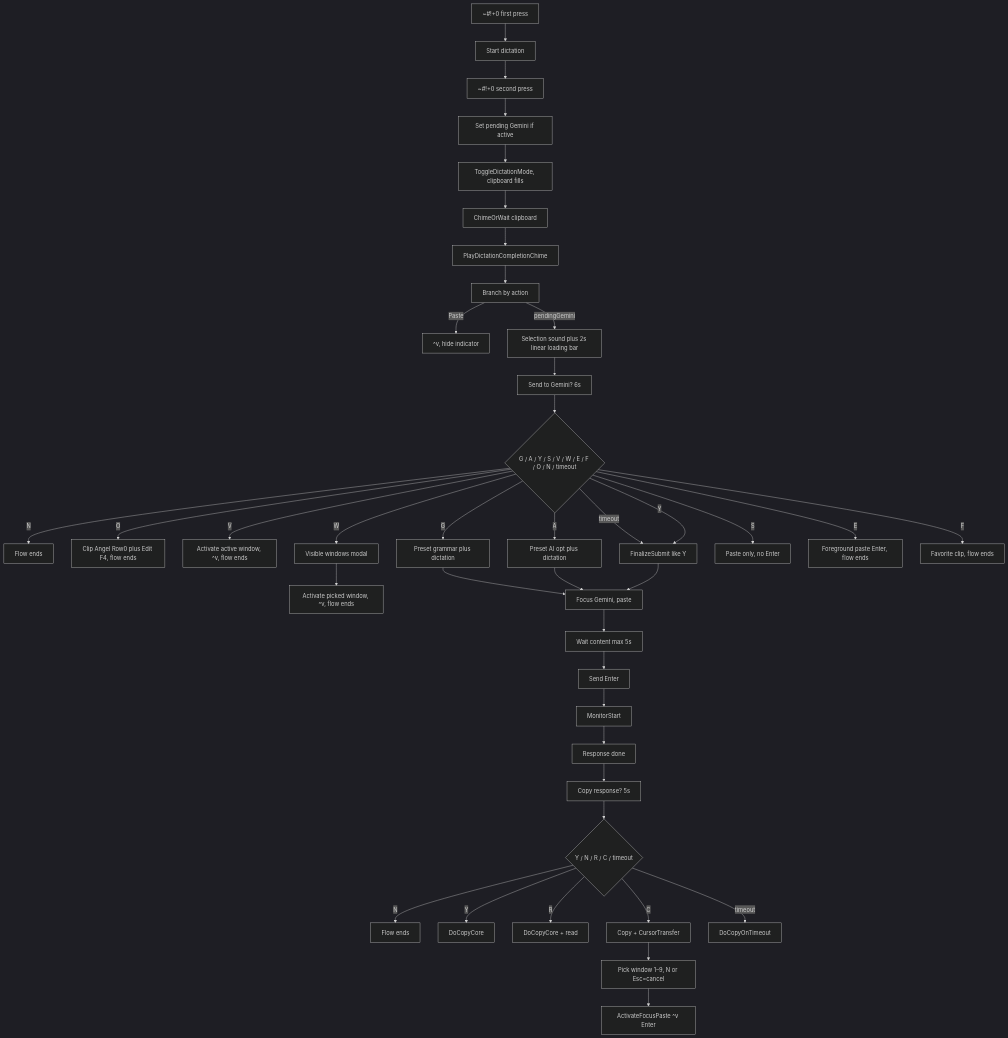
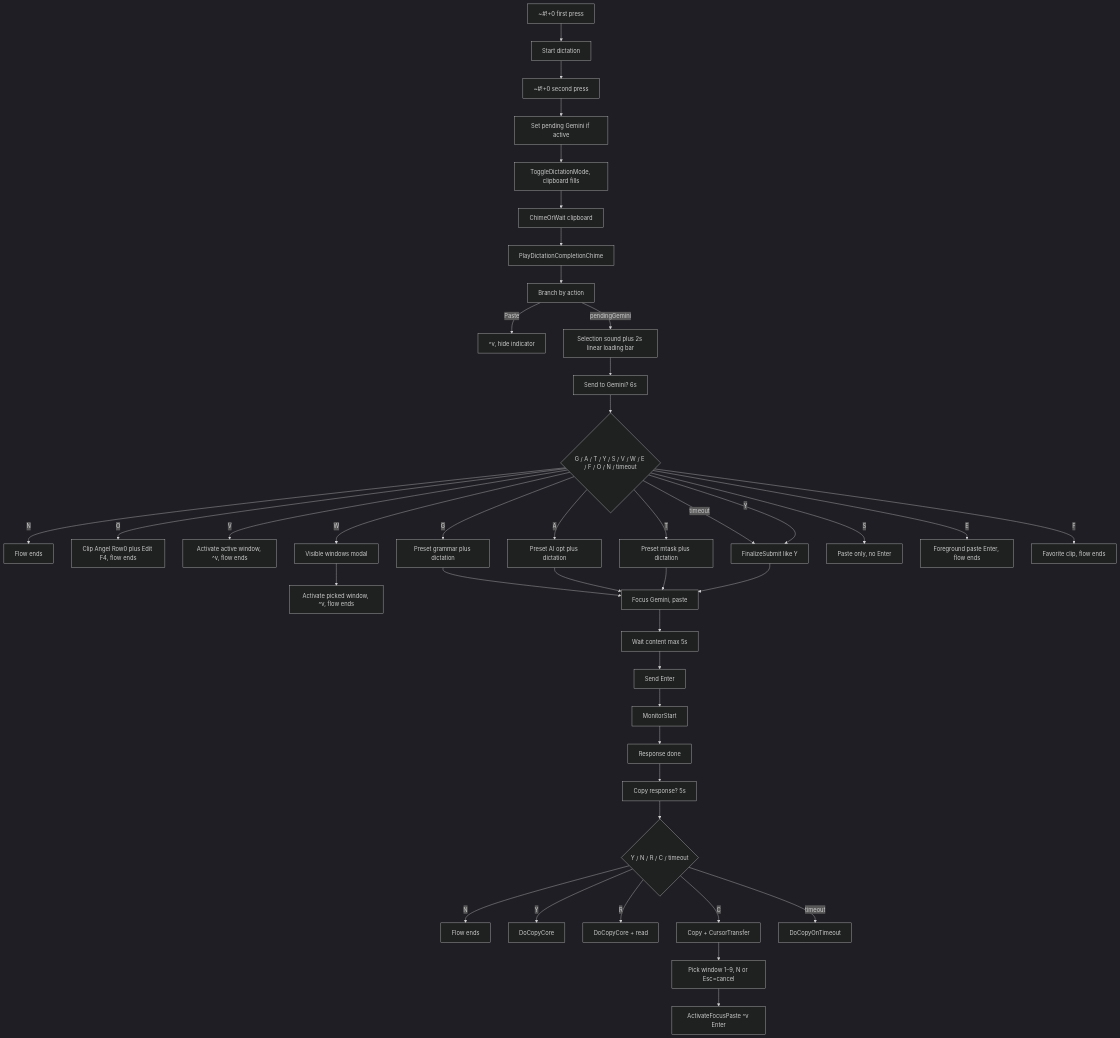
Before and after one commit to duducm2/scripts: the first of 2 diagrams in docs/dictation-to-gemini-cursor-flow.md, drawn with Mermaid (dark theme). The commit also changed other lines of this file and 3 other files, not shown here.

````diff
--- a/docs/dictation-to-gemini-cursor-flow.md
+++ b/docs/dictation-to-gemini-cursor-flow.md
@@ -21,44 +21,46 @@
 ```mermaid
 flowchart TB
     H0["~#!+0 first press"]
     H0 --> StartDict["Start dictation"]
     StartDict --> H0Stop["~#!+0 second press"]
     H0Stop --> SetPending["Set pending Gemini if active"]
     SetPending --> ToggleMode["ToggleDictationMode, clipboard fills"]
     ToggleMode --> WaitClip["ChimeOrWait clipboard"]
     WaitClip --> PlayChime["PlayDictationCompletionChime"]
     PlayChime --> Branch["Branch by action"]
     Branch --> |"Paste"| PasteOnly["^v, hide indicator"]
     Branch --> |"pendingGemini"| PreMenu["Selection sound plus 2s linear loading bar"]
     PreMenu --> ShowAndWait["Send to Gemini? 6s"]
-    ShowAndWait --> User6s{"G / A / Y / S / V / W / E / F / O / N / timeout"}
+    ShowAndWait --> User6s{"G / A / T / Y / S / V / W / E / F / O / N / timeout"}
     User6s --> |"N"| Stop6s["Flow ends"]
     User6s --> |"O"| ClipAngelOpen["Clip Angel Row0 plus Edit F4, flow ends"]
     User6s --> |"V"| PasteOrig["Activate active window, ^v, flow ends"]
     User6s --> |"W"| VisiblePick["Visible windows modal"]
     VisiblePick --> PasteVisible["Activate picked window, ^v, flow ends"]
     User6s --> |"timeout"| Finalize["FinalizeSubmit like Y"]
     User6s --> |"Y"| Finalize
     User6s --> |"G"| FinalizePreset["Preset grammar plus dictation"]
     User6s --> |"A"| FinalizeAiopt["Preset AI opt plus dictation"]
+    User6s --> |"T"| FinalizeMtask["Preset mtask plus dictation"]
     FinalizePreset --> PasteGemini
     FinalizeAiopt --> PasteGemini
+    FinalizeMtask --> PasteGemini
     User6s --> |"S"| PasteOnly6s["Paste only, no Enter"]
     User6s --> |"E"| PasteSendHere["Foreground paste Enter, flow ends"]
     User6s --> |"F"| FavoriteClip["Favorite clip, flow ends"]
     Finalize --> PasteGemini["Focus Gemini, paste"]
     PasteGemini --> WaitContent["Wait content max 5s"]
     WaitContent --> SendEnter["Send Enter"]
     SendEnter --> StartMonitor["MonitorStart"]
     StartMonitor --> ResponseDone["Response done"]
     ResponseDone --> BannerCopy["Copy response? 5s"]
     BannerCopy --> UserCopy{"Y / N / R / C / timeout"}
     UserCopy --> |"N"| StopCopy["Flow ends"]
     UserCopy --> |"Y"| DoCopyOnly["DoCopyCore"]
     UserCopy --> |"R"| DoCopyRead["DoCopyCore + read"]
     UserCopy --> |"C"| DoTransfer["Copy + CursorTransfer"]
     UserCopy --> |"timeout"| DoCopyTimeout["DoCopyOnTimeout"]
 
     DoTransfer --> SelectWin["Pick window 1–9, N or Esc=cancel"]
     SelectWin --> ActivatePaste["ActivateFocusPaste ^v Enter"]
 ```
````
